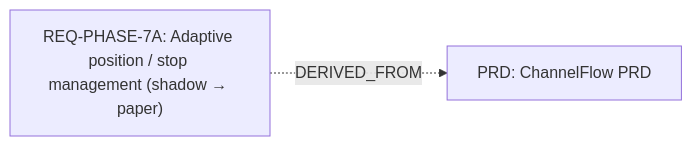
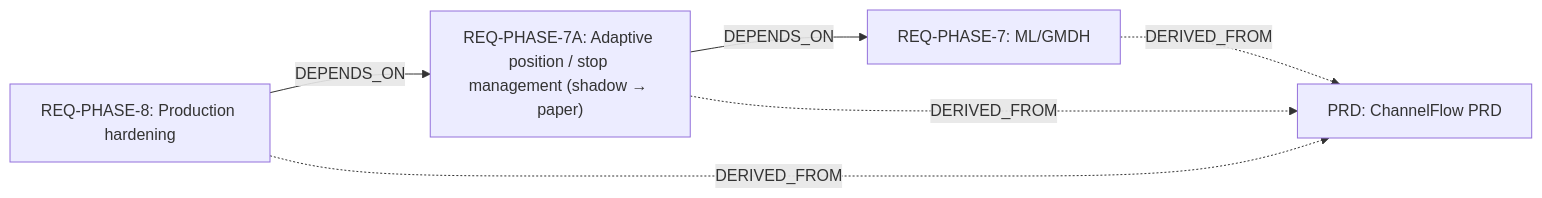
One commit to nikshev/market-forge changed the tenth of 11 diagrams in vault/00-index/Traceability Dashboard.md. Above: the diagram before and after it, drawn with Mermaid. The commit also changed other lines of this file, not shown here.

````diff
--- a/vault/00-index/Traceability Dashboard.md
+++ b/vault/00-index/Traceability Dashboard.md
@@ -195,6 +246,12 @@
 ```mermaid
 graph LR
   PRD["PRD: ChannelFlow PRD"]
+  REQ_PHASE_7["REQ-PHASE-7: ML/GMDH"]
   REQ_PHASE_7A["REQ-PHASE-7A: Adaptive position / stop management (shadow → paper)"]
+  REQ_PHASE_8["REQ-PHASE-8: Production hardening"]
+  REQ_PHASE_7A -->|DEPENDS_ON| REQ_PHASE_7
+  REQ_PHASE_8 -->|DEPENDS_ON| REQ_PHASE_7A
+  REQ_PHASE_7 -.->|DERIVED_FROM| PRD
   REQ_PHASE_7A -.->|DERIVED_FROM| PRD
+  REQ_PHASE_8 -.->|DERIVED_FROM| PRD
 ```
````
